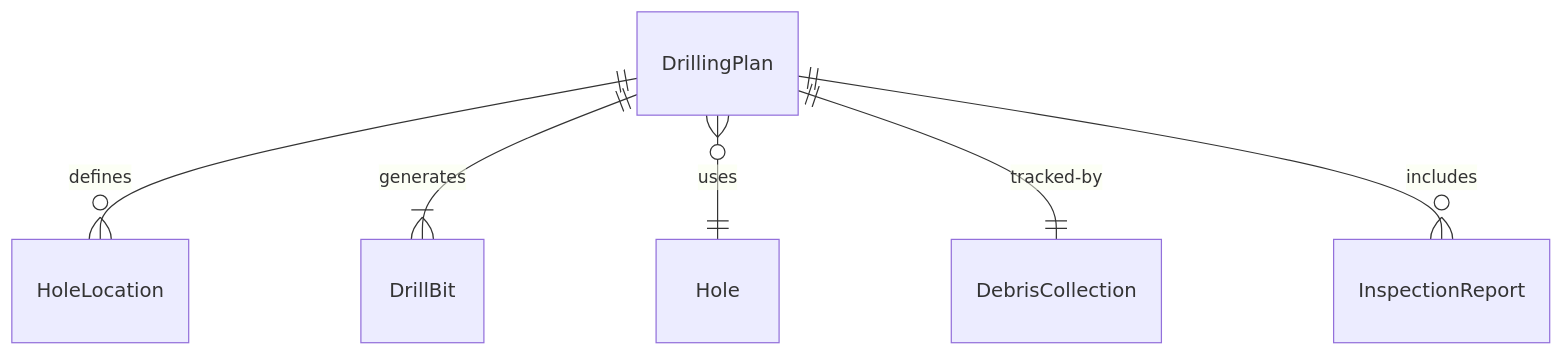
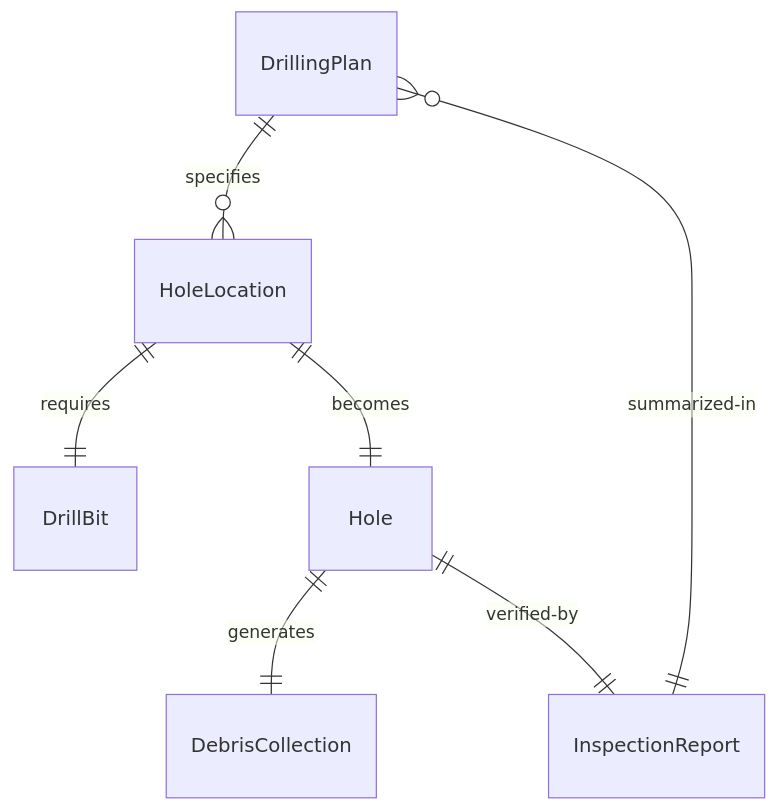
One commit to dot-org-ai/tasks.org.ai changed the first of 4 diagrams in HandlingAndMovingObjects/DrillHolesInEarthOrMaterials/DrillHolesConstructionMaterials.mdx. Above: the diagram before and after it, drawn with Mermaid. The commit also changed other lines of this file and 515 other files, not shown here.

````diff
--- a/HandlingAndMovingObjects/DrillHolesInEarthOrMaterials/DrillHolesConstructionMaterials.mdx
+++ b/HandlingAndMovingObjects/DrillHolesInEarthOrMaterials/DrillHolesConstructionMaterials.mdx
@@ -88,8 +88,9 @@
 ```mermaid
 erDiagram
-    DrillingPlan ||--o{ HoleLocation : "defines"
-    DrillingPlan ||--|{ DrillBit : "generates"
-    DrillingPlan }o--|| Hole : "uses"
-    DrillingPlan ||--|| DebrisCollection : "tracked-by"
-    DrillingPlan ||--o{ InspectionReport : "includes"
+    DrillingPlan ||--o{ HoleLocation : "specifies"
+    HoleLocation ||--|| DrillBit : "requires"
+    HoleLocation ||--|| Hole : "becomes"
+    Hole ||--|| DebrisCollection : "generates"
+    Hole ||--|| InspectionReport : "verified-by"
+    DrillingPlan }o--|| InspectionReport : "summarized-in"
 ```
````
